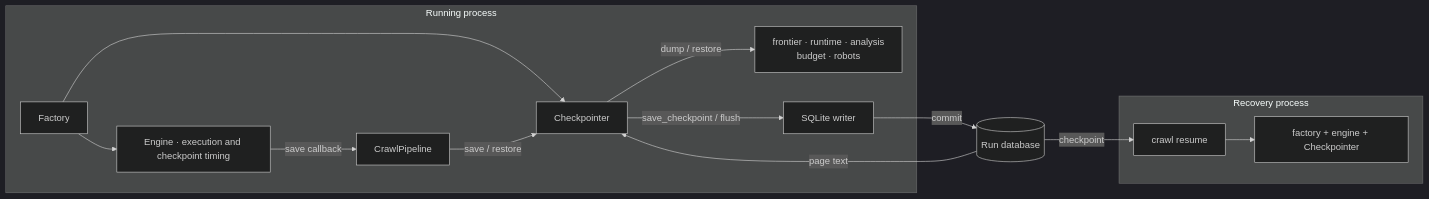
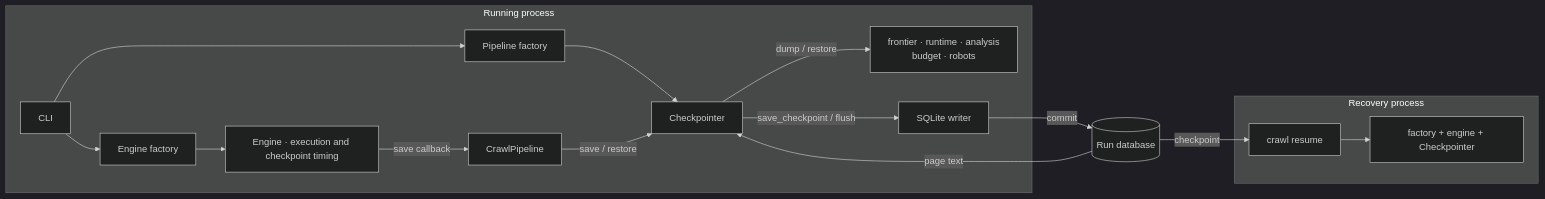
Before and after one commit to shixuan/crawl-me-maybe: the third of 3 diagrams in docs/arch.md, drawn with Mermaid (dark theme). The commit also changed other lines of this file and 42 other files, not shown here.

````diff
--- a/docs/arch.md
+++ b/docs/arch.md
@@ -441,17 +454,19 @@
 ```mermaid
 flowchart LR
   subgraph Process["Running process"]
-    Factory["Factory"] --> Engine
+    CLI["CLI"] --> EF["Engine factory"]
+    EF --> Engine
+    CLI --> Factory["Pipeline factory"]
     Factory --> CP["Checkpointer"]
     Engine["Engine · execution and checkpoint timing"] -->|save callback| Pipeline["CrawlPipeline"]
     Pipeline -->|save / restore| CP
     CP -->|dump / restore| States["frontier · runtime · analysis<br/>budget · robots"]
     CP -->|save_checkpoint / flush| Writer["SQLite writer"]
   end
   Writer -->|commit| DB[("Run database")]
   DB -->|page text| CP
   subgraph New["Recovery process"]
     Resume["crawl resume"] --> Restored["factory + engine + Checkpointer"]
   end
   DB -->|checkpoint| Resume
 ```
````
